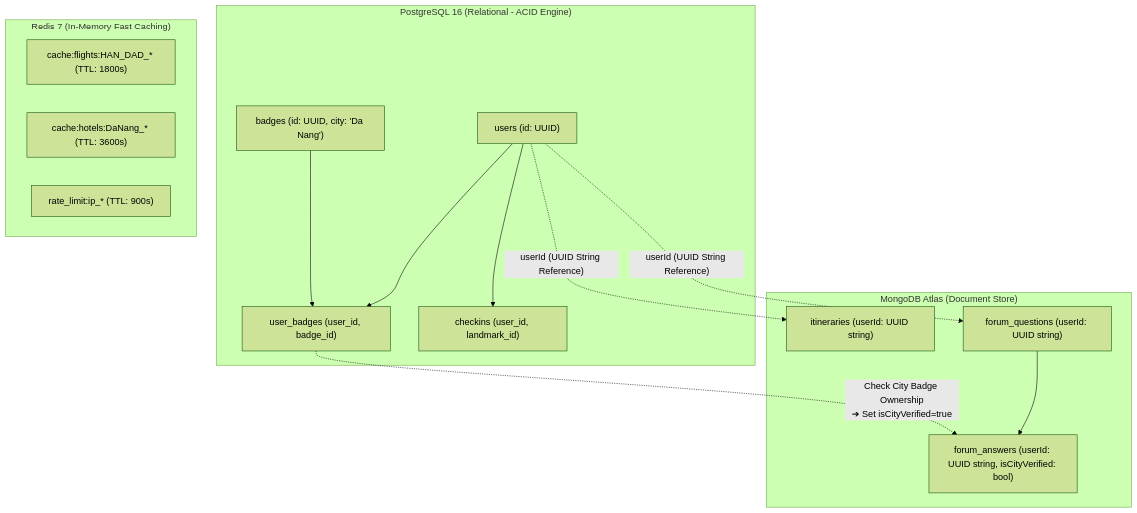
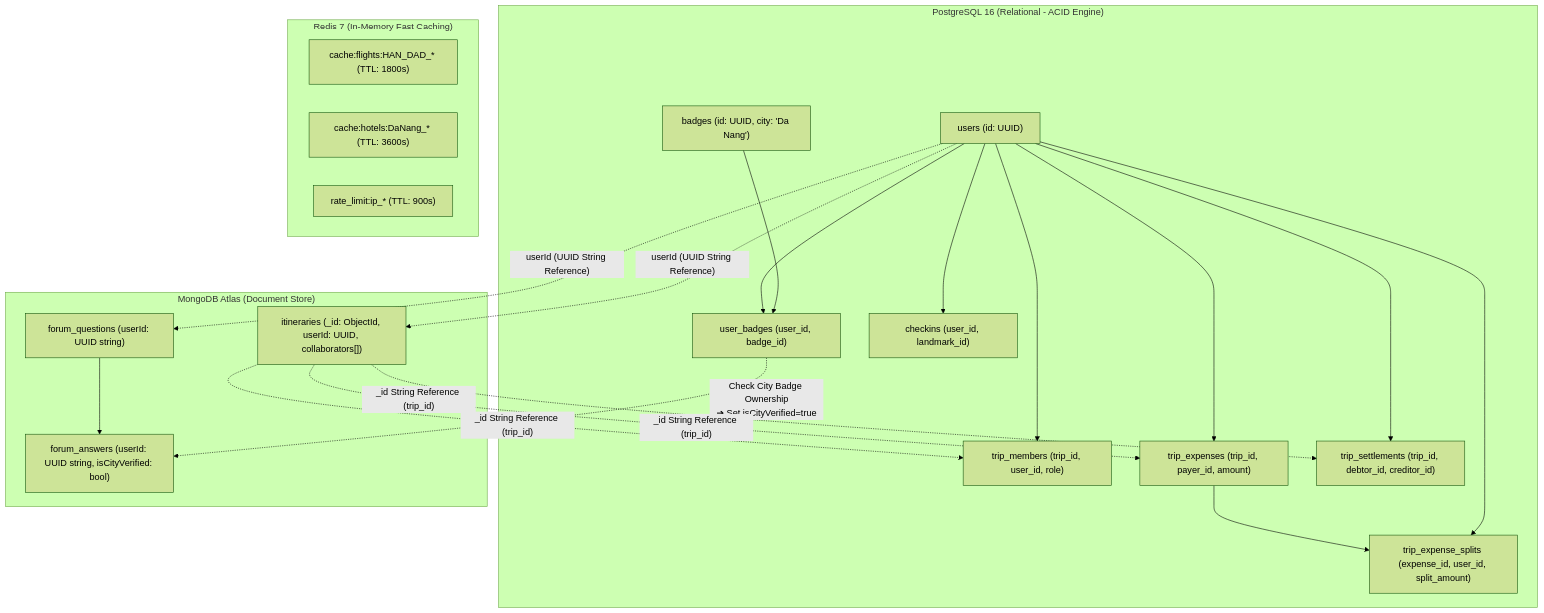
One commit to DucNgVan/Nomadix_TravelApplication_FYP_UniversityOfGreenwich_NguyenVanDuc changed the third of 3 diagrams in documentation/06-database-analysis/01-preliminary-erd.md. Above: the diagram before and after it, drawn with Mermaid (forest theme). The commit also changed other lines of this file and 159 other files, not shown here.

First line of the commit message:
feat(core): implement modules 1-4 with strict TDD, polyglot architecture, and complete documentation

````diff
--- a/documentation/06-database-analysis/01-preliminary-erd.md
+++ b/documentation/06-database-analysis/01-preliminary-erd.md
@@ -201,32 +251,44 @@
 ```mermaid
 graph TD
     subgraph "PostgreSQL 16 (Relational - ACID Engine)"
         PG_User["users (id: UUID)"]
         PG_Badge["badges (id: UUID, city: 'Da Nang')"]
         PG_UserBadge["user_badges (user_id, badge_id)"]
         PG_Checkin["checkins (user_id, landmark_id)"]
+        PG_Member["trip_members (trip_id, user_id, role)"]
+        PG_Expense["trip_expenses (trip_id, payer_id, amount)"]
+        PG_Split["trip_expense_splits (expense_id, user_id, split_amount)"]
+        PG_Settlement["trip_settlements (trip_id, debtor_id, creditor_id)"]
 
         PG_User --> PG_UserBadge
         PG_Badge --> PG_UserBadge
         PG_User --> PG_Checkin
+        PG_User --> PG_Member
+        PG_User --> PG_Expense
+        PG_Expense --> PG_Split
+        PG_User --> PG_Split
+        PG_User --> PG_Settlement
     end
 
     subgraph "MongoDB Atlas (Document Store)"
-        MG_Itin["itineraries (userId: UUID string)"]
+        MG_Itin["itineraries (_id: ObjectId, userId: UUID, collaborators[])"]
         MG_Question["forum_questions (userId: UUID string)"]
         MG_Answer["forum_answers (userId: UUID string, isCityVerified: bool)"]
 
         MG_Question --> MG_Answer
     end
 
     subgraph "Redis 7 (In-Memory Fast Caching)"
         RD_Flight["cache:flights:HAN_DAD_* (TTL: 1800s)"]
         RD_Hotel["cache:hotels:DaNang_* (TTL: 3600s)"]
         RD_Rate["rate_limit:ip_* (TTL: 900s)"]
     end
 
     %% LIÊN KẾT THAM CHIẾU CHÉO (CROSS-REFERENCES)
     PG_User -.->|"userId (UUID String Reference)"| MG_Itin
     PG_User -.->|"userId (UUID String Reference)"| MG_Question
     PG_UserBadge -.->|"Check City Badge Ownership\n➔ Set isCityVerified=true"| MG_Answer
+    MG_Itin -.->|"_id String Reference (trip_id)"| PG_Member
+    MG_Itin -.->|"_id String Reference (trip_id)"| PG_Expense
+    MG_Itin -.->|"_id String Reference (trip_id)"| PG_Settlement
 ```
````
